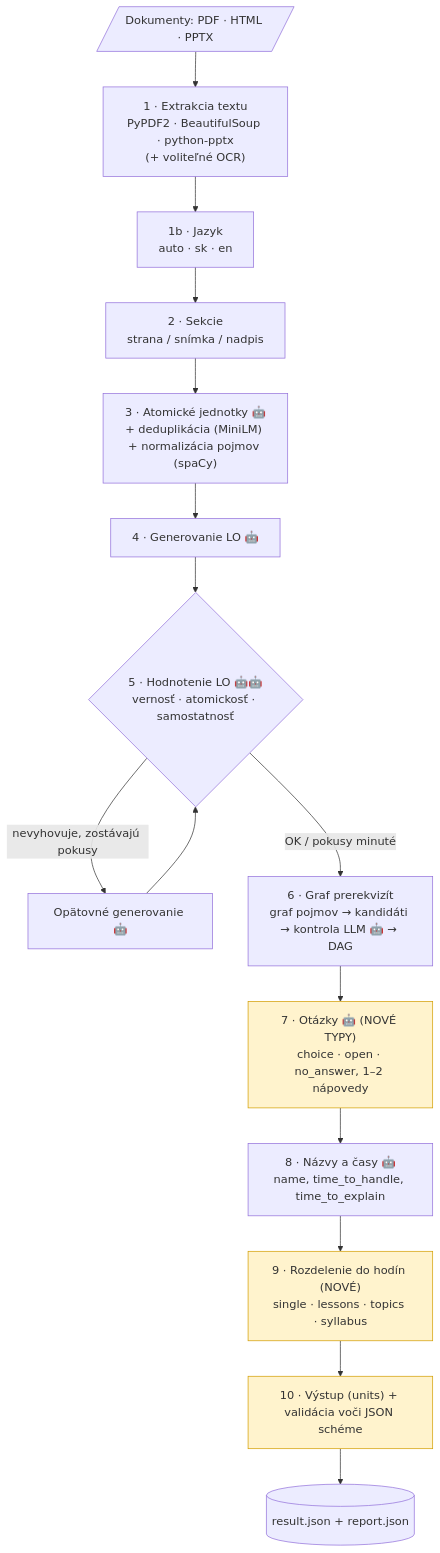
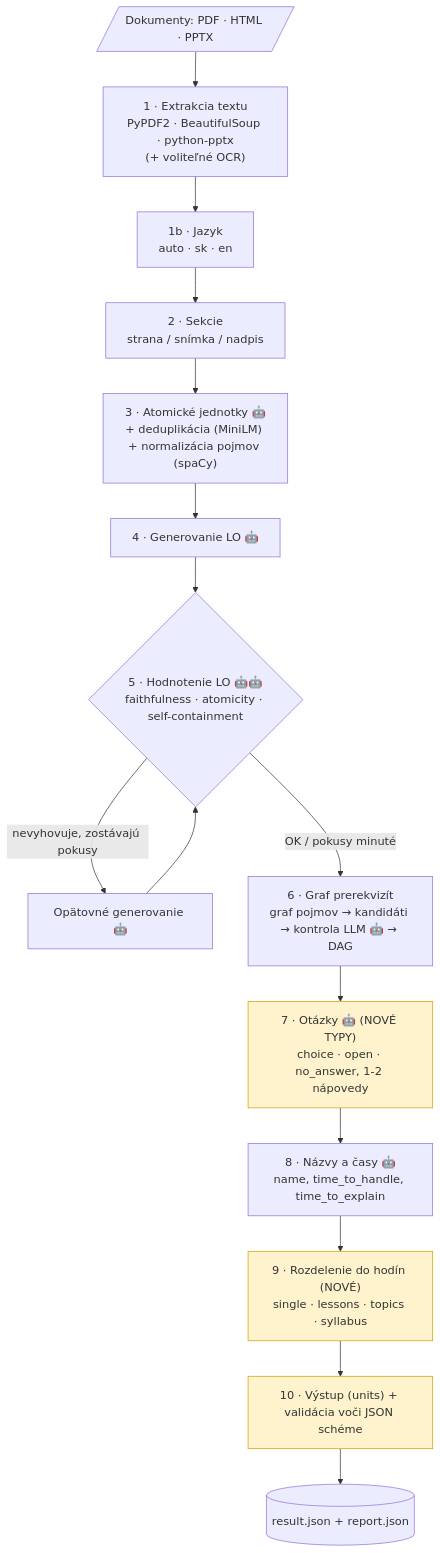
The third of 3 diagrams in docs/api-design.md (Matik080/LO-Generator), drawn with Mermaid before and after one commit. The commit also changed other lines of this file and 2 other files, not shown here.

````diff
--- a/docs/api-design.md
+++ b/docs/api-design.md
@@ -210,20 +222,20 @@
 ```mermaid
 flowchart TD
     A[/"Dokumenty: PDF · HTML · PPTX"/] --> B["1 · Extrakcia textu<br/>PyPDF2 · BeautifulSoup · python-pptx<br/>(+ voliteľné OCR)"]
     B --> LG["1b · Jazyk<br/>auto · sk · en"]
     LG --> C["2 · Sekcie<br/>strana / snímka / nadpis"]
     C --> D["3 · Atomické jednotky 🤖<br/>+ deduplikácia (MiniLM) + normalizácia pojmov (spaCy)"]
     D --> E["4 · Generovanie LO 🤖"]
-    E --> F{"5 · Hodnotenie LO 🤖🤖<br/>vernosť · atomickosť · samostatnosť"}
+    E --> F{"5 · Hodnotenie LO 🤖🤖<br/>faithfulness · atomicity · self-containment"}
     F -- "nevyhovuje, zostávajú pokusy" --> G["Opätovné generovanie 🤖"]
     G --> F
     F -- "OK / pokusy minuté" --> H["6 · Graf prerekvizít<br/>graf pojmov → kandidáti → kontrola LLM 🤖 → DAG"]
-    H --> I["7 · Otázky 🤖 (NOVÉ TYPY)<br/>choice · open · no_answer, 1–2 nápovedy"]
+    H --> I["7 · Otázky 🤖 (NOVÉ TYPY)<br/>choice · open · no_answer, 1-2 nápovedy"]
     I --> J["8 · Názvy a časy 🤖<br/>name, time_to_handle, time_to_explain"]
     J --> K["9 · Rozdelenie do hodín (NOVÉ)<br/>single · lessons · topics · syllabus"]
     K --> L["10 · Výstup (units) + validácia voči JSON schéme"]
     L --> M[("result.json + report.json")]
 
     classDef new fill:#fff3cd,stroke:#d39e00;
     class I,K,L new;
 ```
````
